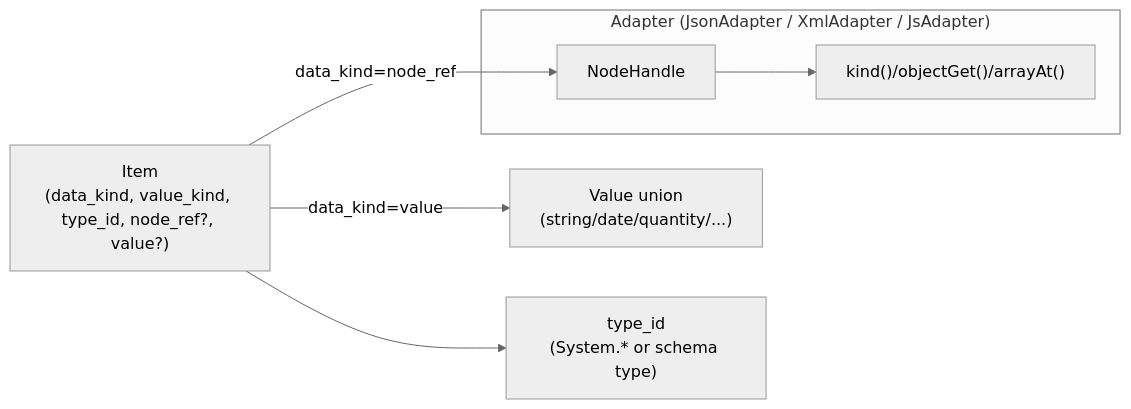
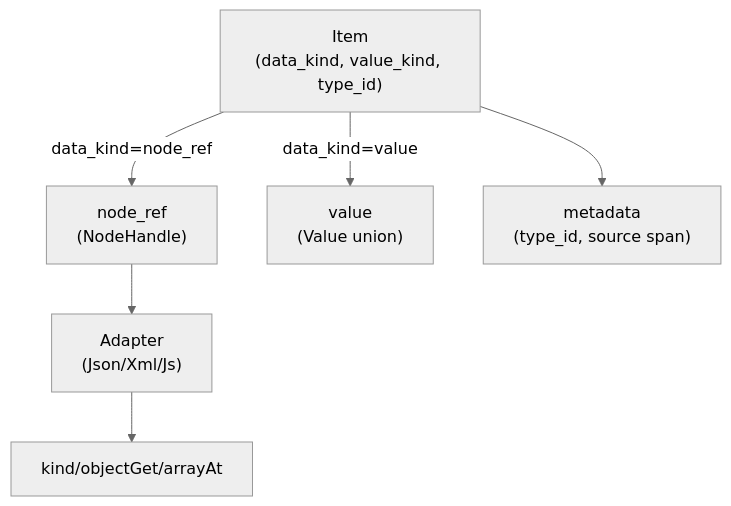
One commit to jmandel/fhirpath.zig changed the second of 3 diagrams in design.md. Above: the diagram before and after it, drawn with Mermaid (neutral theme). The commit also changed other lines of this file, not shown here.

Commit message:
docs: simplify architecture diagrams

````diff
--- a/design.md
+++ b/design.md
@@ -951,15 +962,14 @@
 ```mermaid
-flowchart LR
-  subgraph Adapter["Adapter (JsonAdapter / XmlAdapter / JsAdapter)"]
-    NodeRef["NodeHandle"]
-    Kind["kind()/objectGet()/arrayAt()"]
-  end
+flowchart TB
+  Item["Item<br/>(data_kind, value_kind, type_id)"]
+  NodeRef["node_ref<br/>(NodeHandle)"]
+  Value["value<br/>(Value union)"]
+  Meta["metadata<br/>(type_id, source span)"]
+  Adapter["Adapter<br/>(Json/Xml/Js)"]
+  Methods["kind/objectGet/arrayAt"]
 
-  Item["Item\n(data_kind, value_kind, type_id, node_ref?, value?)"]
-  Value["Value union\n(string/date/quantity/...)"]
-
-  Item -- data_kind=node_ref --> NodeRef
-  Item -- data_kind=value --> Value
-  NodeRef --> Kind
-  Item --> TypeId["type_id\n(System.* or schema type)"]
+  Item -->|data_kind=node_ref| NodeRef
+  Item -->|data_kind=value| Value
+  Item --> Meta
+  NodeRef --> Adapter --> Methods
 ```
````
